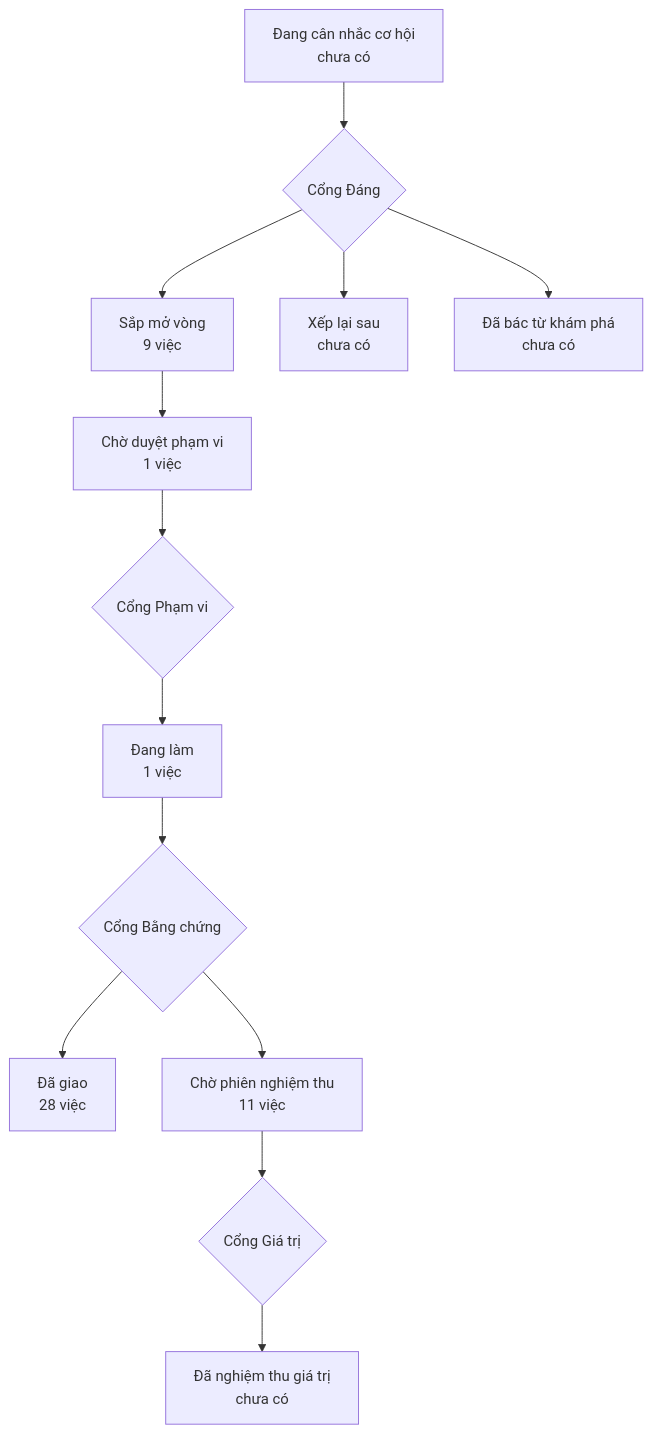
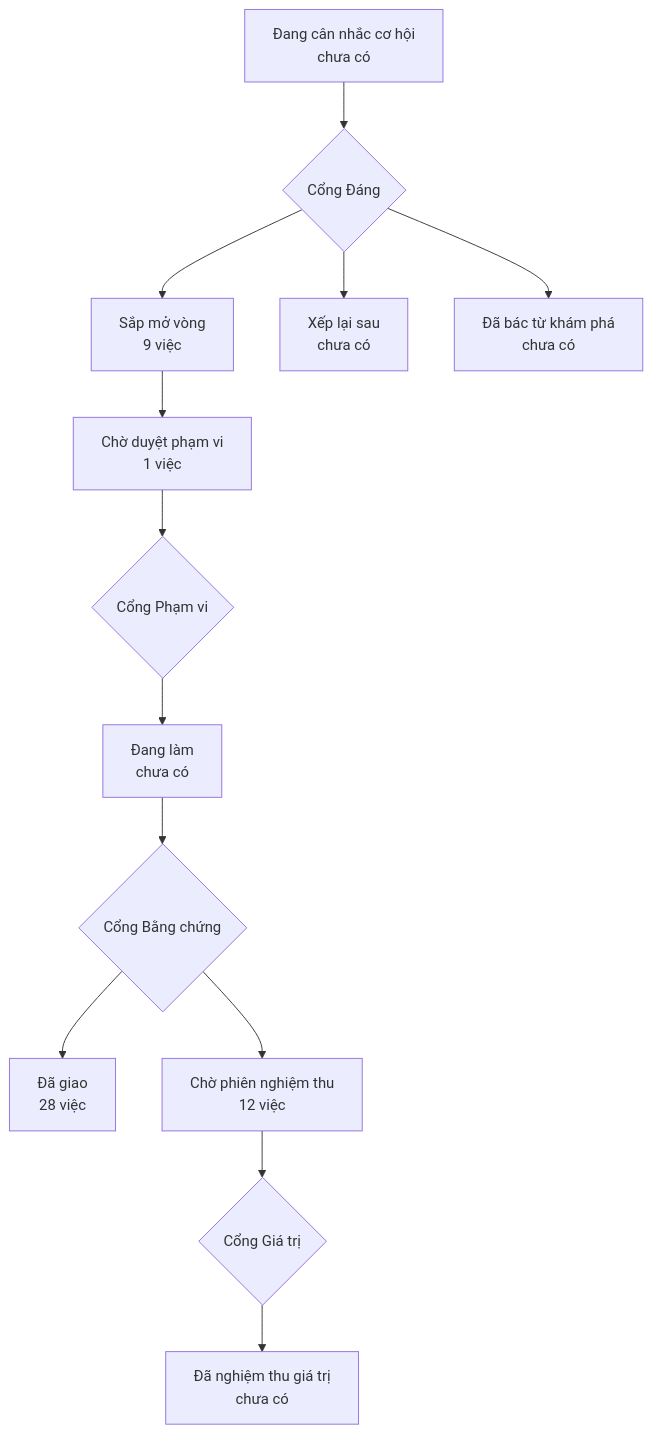
The diagram in PRODUCT-MAP.md (phanlemanh/onehub-invest), drawn with Mermaid before and after one commit. The commit also changed other lines of this file and 4 other files, not shown here.

````diff
--- a/PRODUCT-MAP.md
+++ b/PRODUCT-MAP.md
@@ -7,12 +7,12 @@
 ```mermaid
 flowchart TD
   A["Đang cân nhắc cơ hội<br/>chưa có"] --> GD{"Cổng Đáng"}
   GD --> B["Sắp mở vòng<br/>9 việc"]
   GD --> XL["Xếp lại sau<br/>chưa có"]
   GD --> DB["Đã bác từ khám phá<br/>chưa có"]
   B --> CD["Chờ duyệt phạm vi<br/>1 việc"] --> GP{"Cổng Phạm vi"}
-  GP --> DL["Đang làm<br/>1 việc"] --> GB{"Cổng Bằng chứng"}
+  GP --> DL["Đang làm<br/>chưa có"] --> GB{"Cổng Bằng chứng"}
   GB --> DG["Đã giao<br/>28 việc"]
-  GB --> CN["Chờ phiên nghiệm thu<br/>11 việc"] --> GG{"Cổng Giá trị"}
+  GB --> CN["Chờ phiên nghiệm thu<br/>12 việc"] --> GG{"Cổng Giá trị"}
   GG --> NT["Đã nghiệm thu giá trị<br/>chưa có"]
 ```
````
